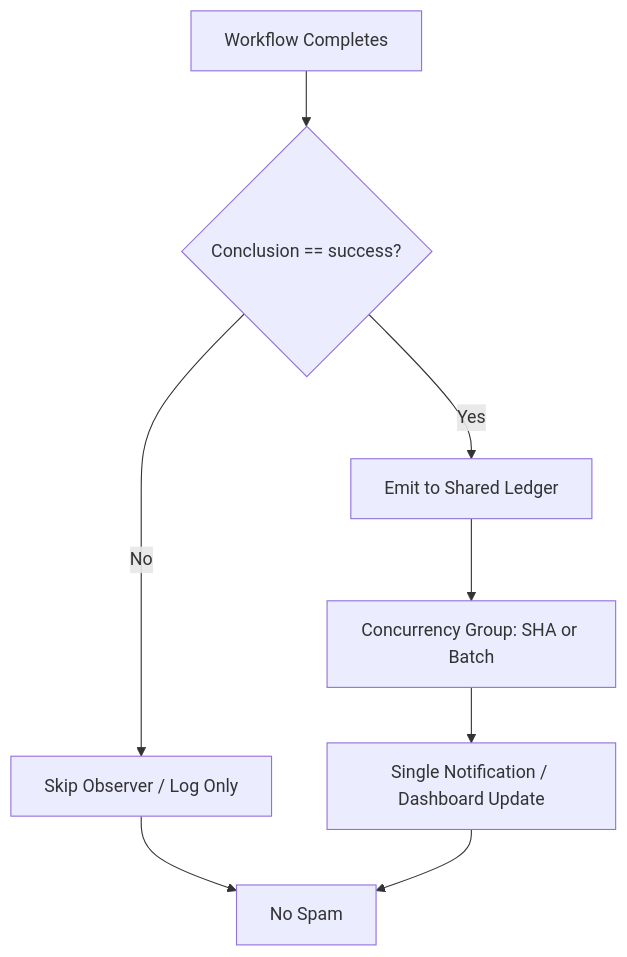
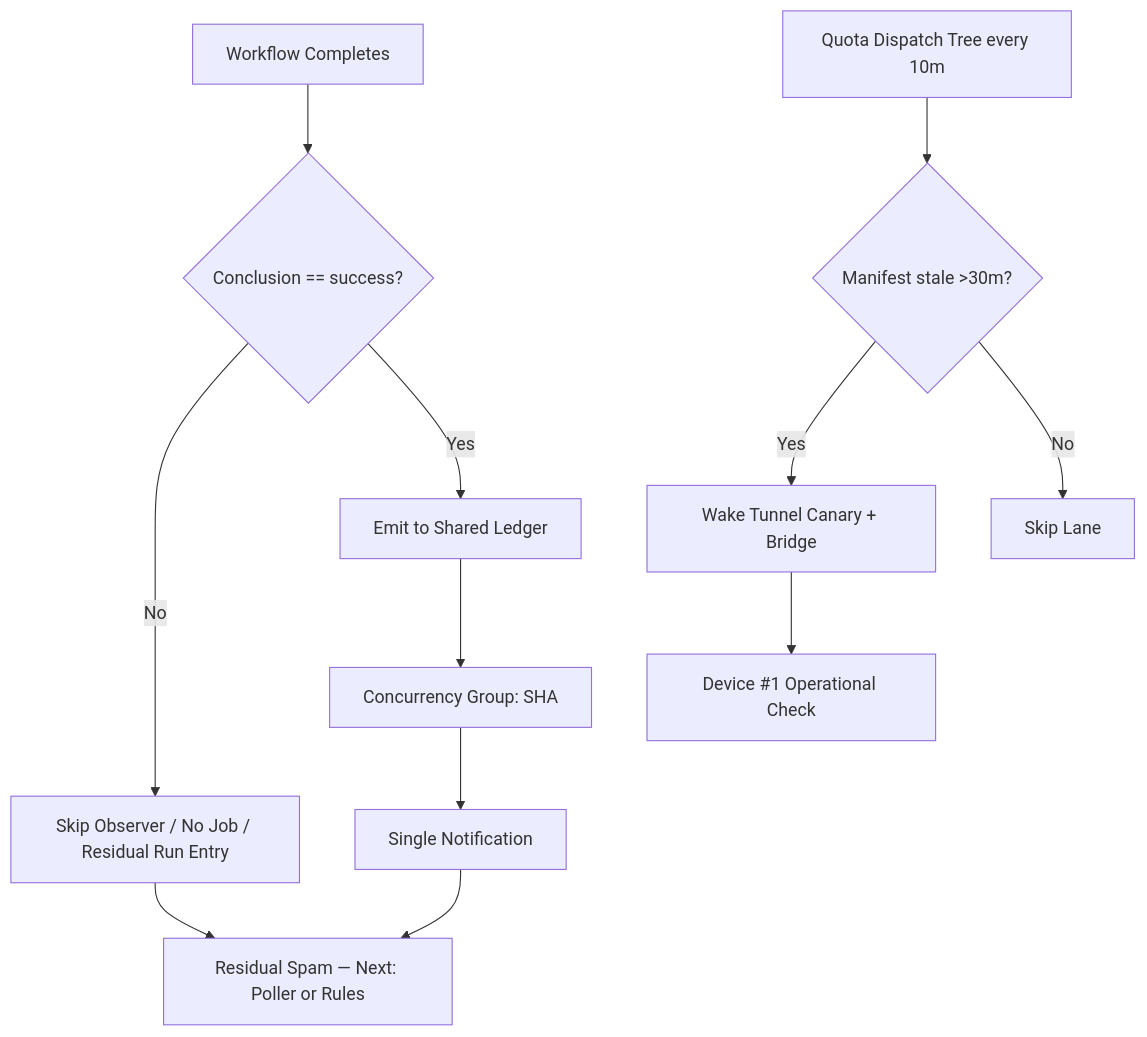
The diagram in docs/ops/ACTIONS-MATRIX.md (timerloggedout-spec/termux-monorepo), drawn with Mermaid before and after one commit. The commit also changed other lines of this file, not shown here.

Commit message:
ops(actions): refresh consolidated matrix with 2026-10-23 RECON — residual skipped spam, Pinggy stale on tmx-node-primary, adaptive cadence via #1574

````diff
--- a/docs/ops/ACTIONS-MATRIX.md
+++ b/docs/ops/ACTIONS-MATRIX.md
@@ -42,10 +42,14 @@
 ```mermaid
 flowchart TD
     A[Workflow Completes] --> B{Conclusion == success?}
-    B -->|No| C[Skip Observer / Log Only]
+    B -->|No| C[Skip Observer / No Job / Residual Run Entry]
     B -->|Yes| D[Emit to Shared Ledger]
-    D --> E[Concurrency Group: SHA or Batch]
-    E --> F[Single Notification / Dashboard Update]
-    C --> G[No Spam]
+    D --> E[Concurrency Group: SHA]
+    E --> F[Single Notification]
+    C --> G[Residual Spam — Next: Poller or Rules]
     F --> G
+    H[Quota Dispatch Tree every 10m] --> I{Manifest stale >30m?}
+    I -->|Yes| J[Wake Tunnel Canary + Bridge]
+    I -->|No| K[Skip Lane]
+    J --> L[Device #1 Operational Check]
 ```
````
